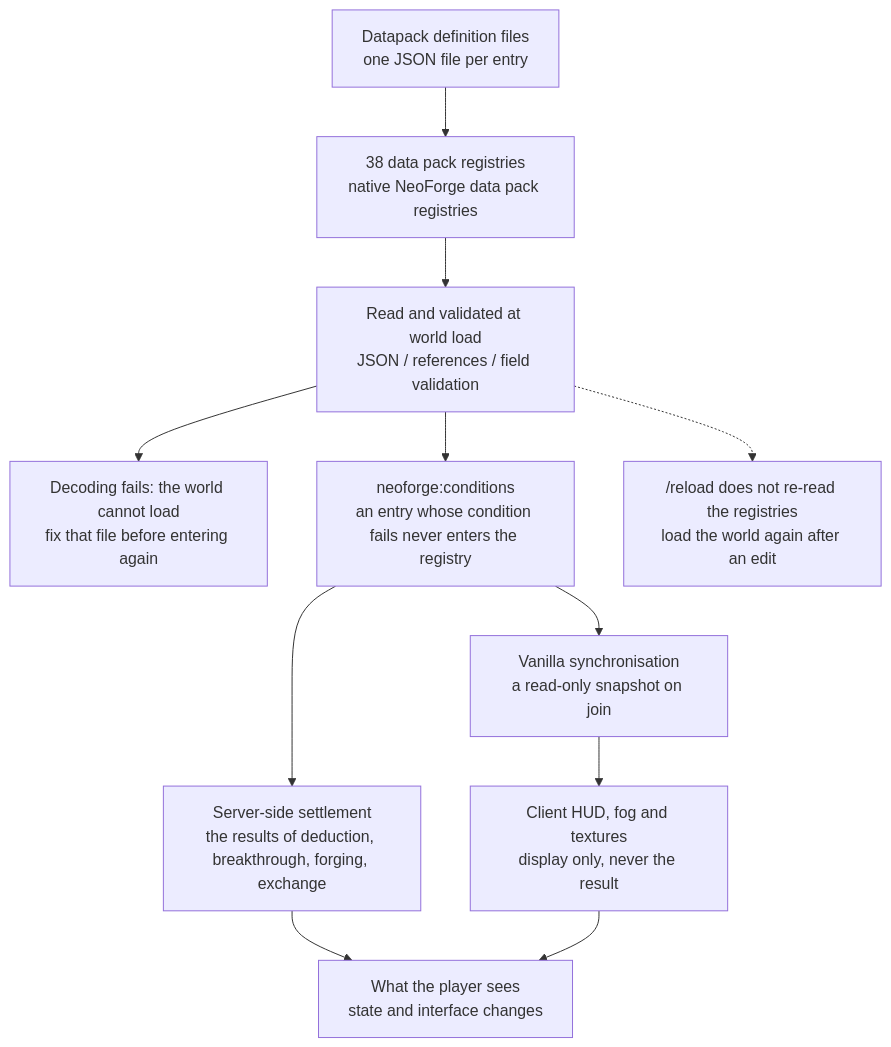
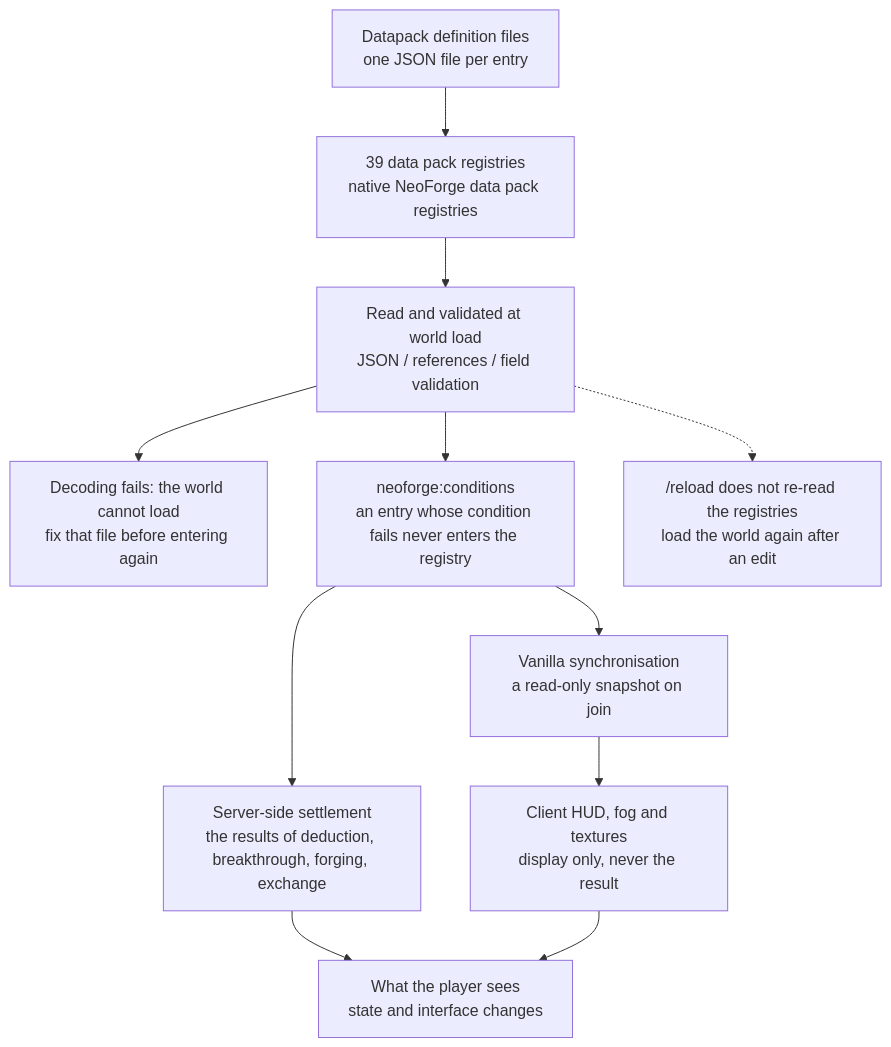
Before and after one commit to IAFEnvoy/mxt-docs: the diagram in docs/en/datapack/overview.md, drawn with Mermaid. The commit also changed other lines of this file and 75 other files, not shown here.

````diff
--- a/docs/en/datapack/overview.md
+++ b/docs/en/datapack/overview.md
@@ -119,13 +119,13 @@
 ```mermaid
 flowchart TD
-    A["Datapack definition files<br/>one JSON file per entry"] --> B["38 data pack registries<br/>native NeoForge data pack registries"]
+    A["Datapack definition files<br/>one JSON file per entry"] --> B["39 data pack registries<br/>native NeoForge data pack registries"]
     B --> C["Read and validated at world load<br/>JSON / references / field validation"]
     C --> D["Decoding fails: the world cannot load<br/>fix that file before entering again"]
     C --> E["neoforge:conditions<br/>an entry whose condition fails never enters the registry"]
     E --> F["Vanilla synchronisation<br/>a read-only snapshot on join"]
     E --> G["Server-side settlement<br/>the results of deduction, breakthrough, forging, exchange"]
     F --> H["Client HUD, fog and textures<br/>display only, never the result"]
     G --> I["What the player sees<br/>state and interface changes"]
     H --> I
     C -.-> J["/reload does not re-read the registries<br/>load the world again after an edit"]
 ```
````
